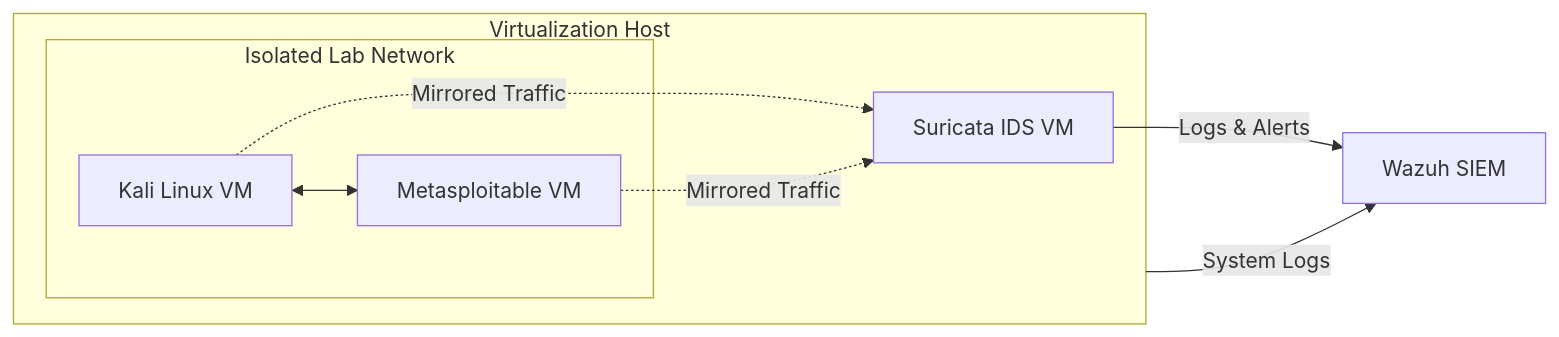
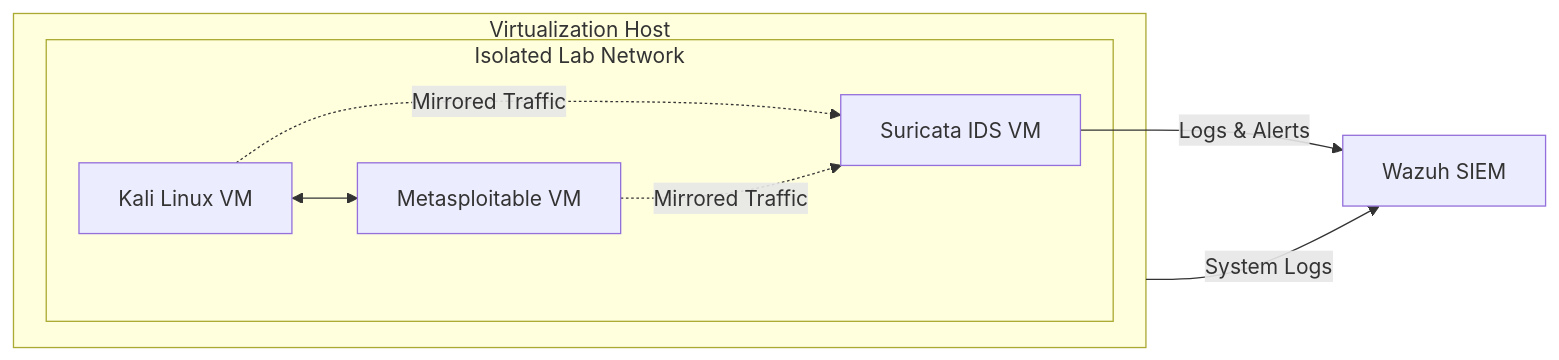
One commit to BrettPridemore/Cybersecurity-Home-Lab changed the diagram in README.md. Above: the diagram before and after it, drawn with Mermaid.

````diff
--- a/README.md
+++ b/README.md
@@ -29,22 +29,23 @@
 ```mermaid
 graph LR
  
 SIEM["Wazuh SIEM"]
  
 subgraph HOST["Virtualization Host"]
 subgraph LAB["Isolated Lab Network"]
 KALI["Kali Linux VM"]
 META["Metasploitable VM"]
+IDS["Suricata IDS VM"]
 end
  
-IDS["Suricata IDS VM"]
+
  
 KALI <--> META
  
 KALI -. Mirrored Traffic .-> IDS
 META -. Mirrored Traffic .-> IDS
 end
  
 IDS -->|Logs & Alerts| SIEM
 HOST -->|System Logs| SIEM
 ```
````
